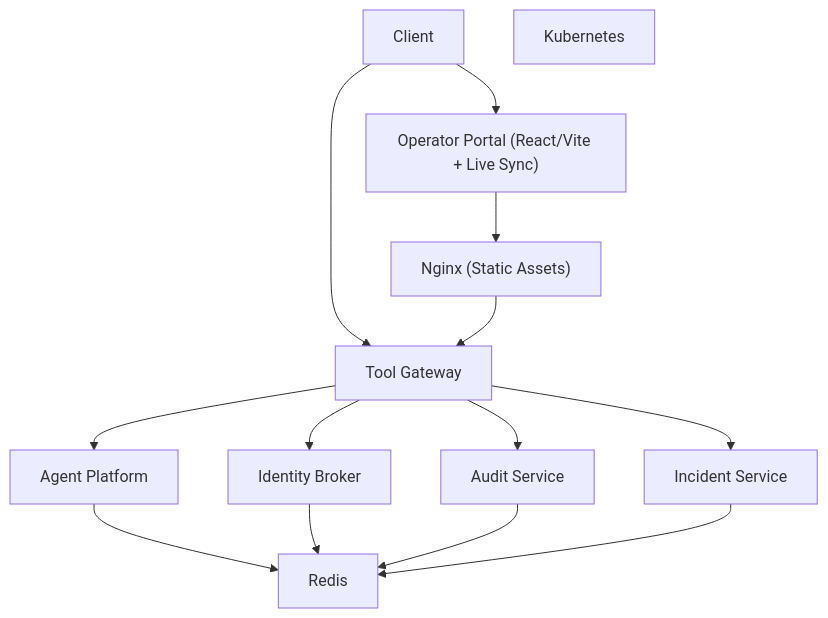
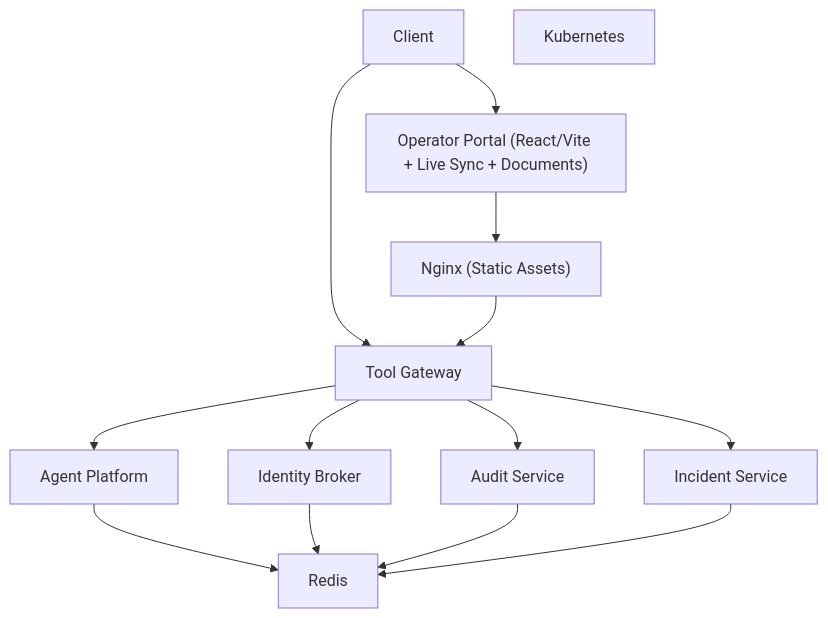
One commit to metasync/luban-aiops changed the second of 2 diagrams in .qoder/repowiki/en/content/Getting Started.md. Above: the diagram before and after it, drawn with Mermaid. The commit also changed other lines of this file and 92 other files, not shown here.

````diff
--- a/.qoder/repowiki/en/content/Getting Started.md
+++ b/.qoder/repowiki/en/content/Getting Started.md
@@ -498,25 +558,25 @@
 ```mermaid
 graph TB
 Client["Client"]
 GW["Tool Gateway"]
 IDB["Identity Broker"]
 AP["Agent Platform"]
-OP["Operator Portal (React/Vite + Live Sync)"]
+OP["Operator Portal (React/Vite + Live Sync + Documents)"]
 AS["Audit Service"]
 IS["Incident Service"]
 RDS["Redis"]
 K8S["Kubernetes"]
 NGINX["Nginx (Static Assets)"]
 Client --> GW
 Client --> OP
 GW --> IDB
 GW --> AP
 GW --> AS
 GW --> IS
 OP --> NGINX
 NGINX --> GW
 AP --> RDS
 IDB --> RDS
 AS --> RDS
 IS --> RDS
 ```
````
